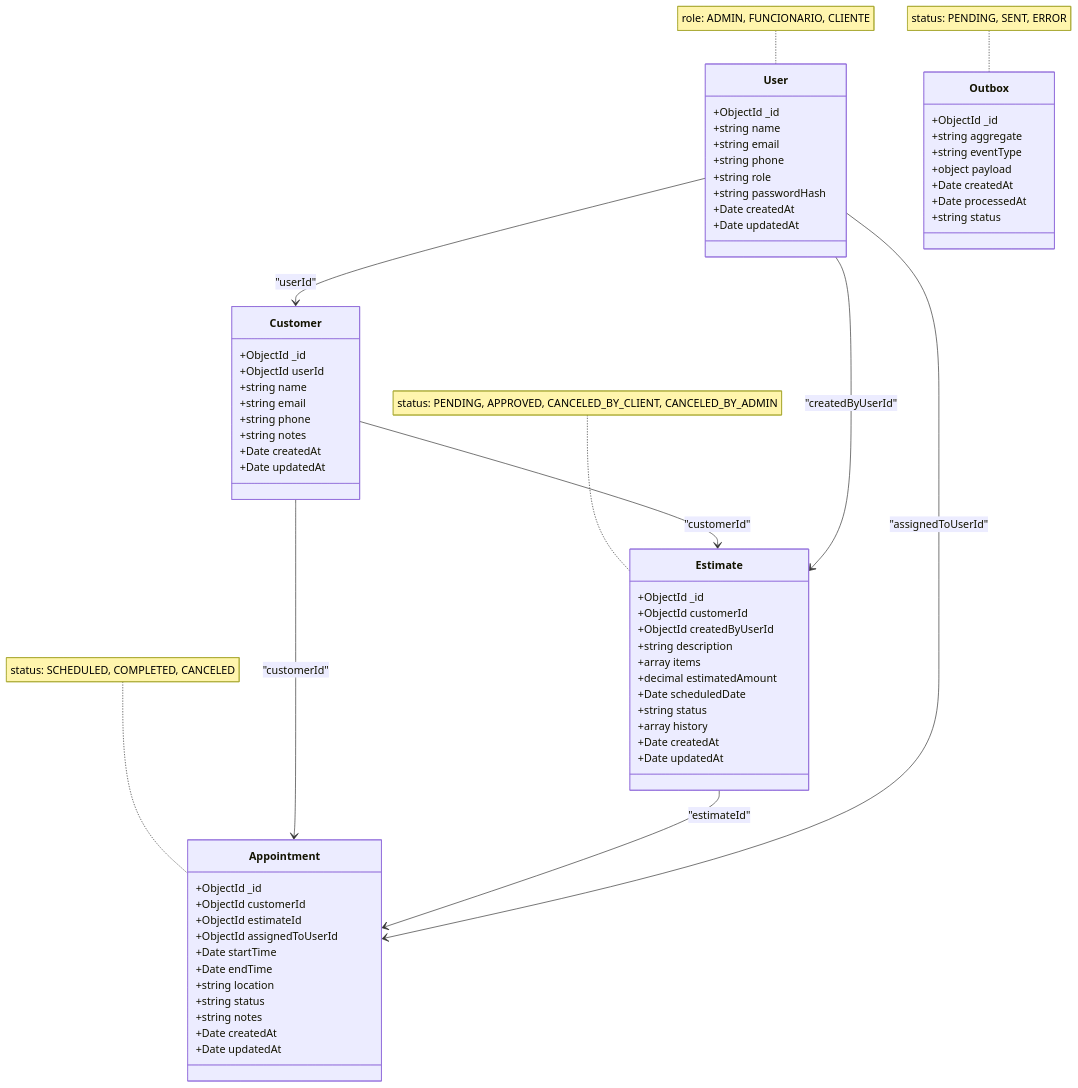
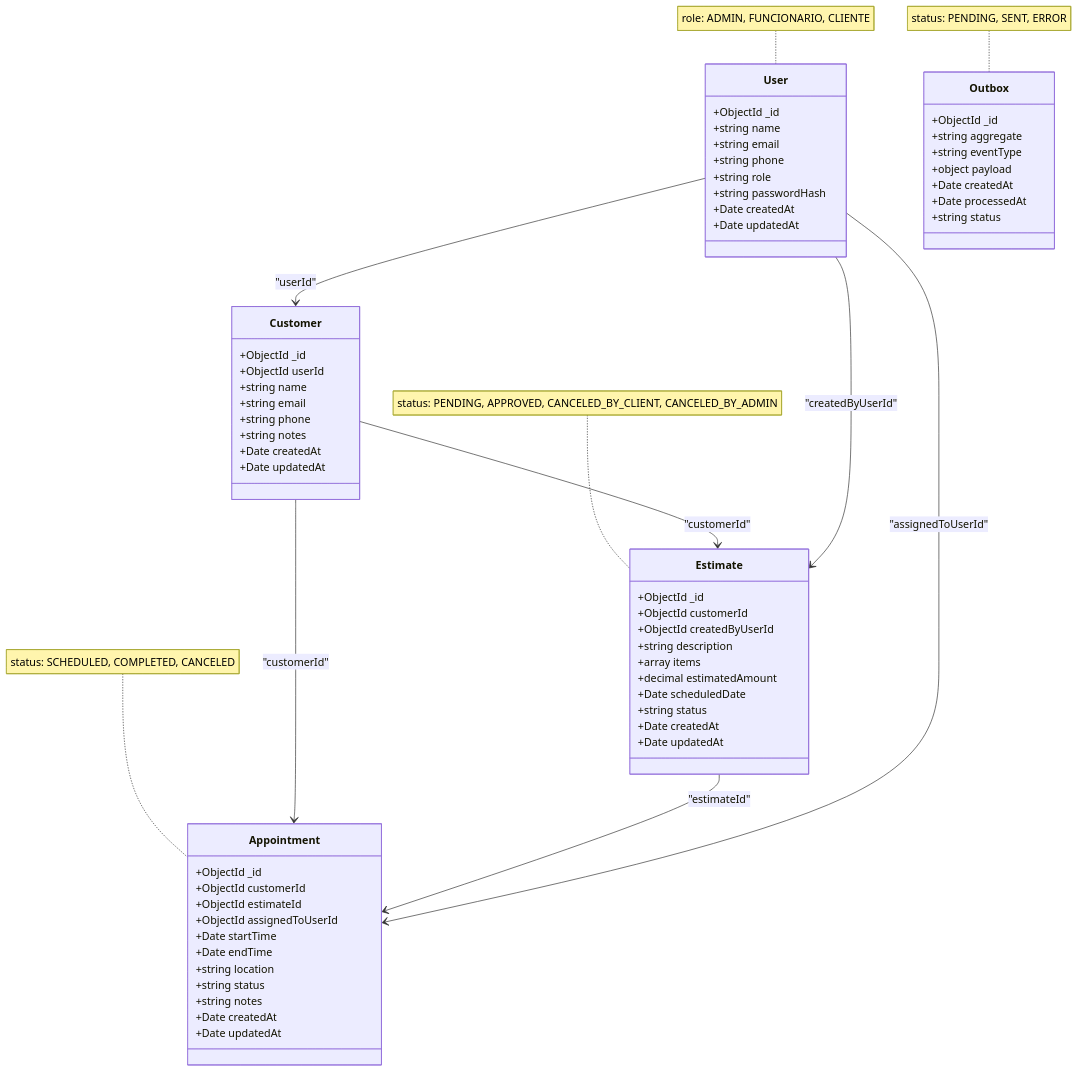
Before and after one commit to viniosilva/ipanemaboxapi: the diagram in docs/class_diagram.md, drawn with Mermaid. The commit also changed 1 other file, not shown here.

Commit message:
Initial commit: Add project documentation and README

````diff
--- a/docs/class_diagram.md
+++ b/docs/class_diagram.md
@@ -1,74 +1,73 @@
 ```mermaid
 classDiagram
     class User {
         +ObjectId _id
         +string name
         +string email
         +string phone
         +string role
         +string passwordHash
         +Date createdAt
         +Date updatedAt
     }
 
     class Customer {
         +ObjectId _id
         +ObjectId userId
         +string name
         +string email
         +string phone
         +string notes
         +Date createdAt
         +Date updatedAt
     }
 
     class Estimate {
         +ObjectId _id
         +ObjectId customerId
         +ObjectId createdByUserId
         +string description
         +array items
         +decimal estimatedAmount
         +Date scheduledDate
         +string status
-        +array history
         +Date createdAt
         +Date updatedAt
     }
 
     class Appointment {
         +ObjectId _id
         +ObjectId customerId
         +ObjectId estimateId
         +ObjectId assignedToUserId
         +Date startTime
         +Date endTime
         +string location
         +string status
         +string notes
         +Date createdAt
         +Date updatedAt
     }
 
     class Outbox {
         +ObjectId _id
         +string aggregate
         +string eventType
         +object payload
         +Date createdAt
         +Date processedAt
         +string status
     }
 
     User --> Customer : "userId"
     Customer --> Estimate : "customerId"
     Customer --> Appointment : "customerId"
     Estimate --> Appointment : "estimateId"
     User --> Estimate : "createdByUserId"
     User --> Appointment : "assignedToUserId"
 
     note for User "role: ADMIN, FUNCIONARIO, CLIENTE"
     note for Estimate "status: PENDING, APPROVED, CANCELED_BY_CLIENT, CANCELED_BY_ADMIN"
     note for Appointment "status: SCHEDULED, COMPLETED, CANCELED"
     note for Outbox "status: PENDING, SENT, ERROR"
 ```
````
